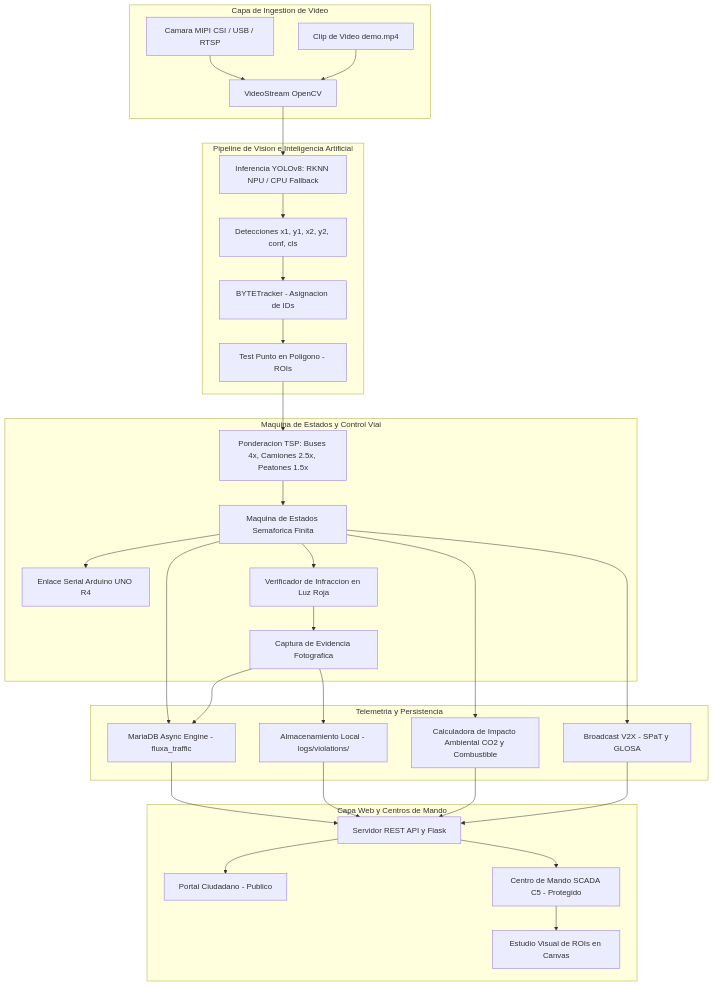
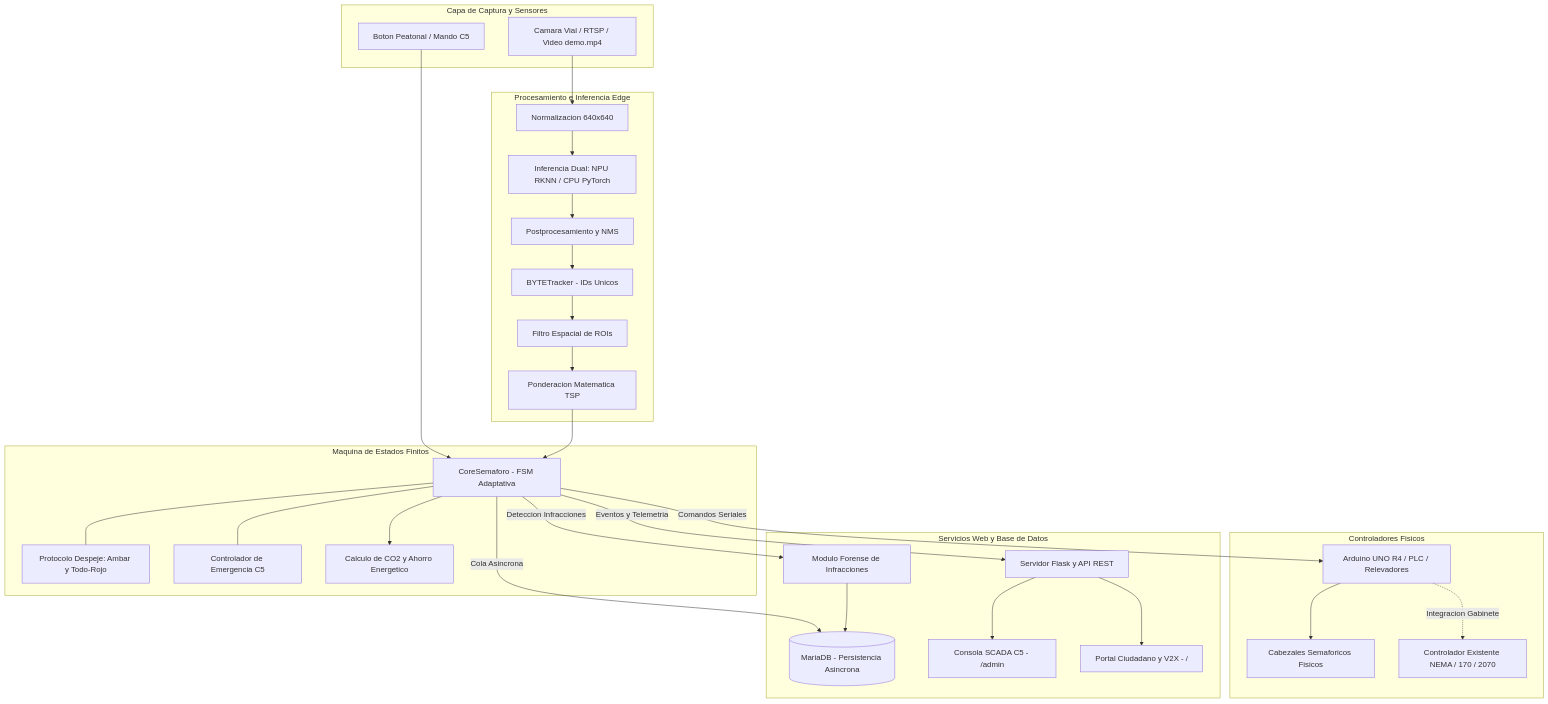
One commit to Pozole98/fluxa-smart-city changed the first of 4 diagrams in docs/MANUAL_TECNICO.md. Above: the diagram before and after it, drawn with Mermaid. The commit also changed other lines of this file and 2 other files, not shown here.

Commit message:
docs: incorporar diagramas de integracion de hardware edge, fail-safe y red C5

````diff
--- a/docs/MANUAL_TECNICO.md
+++ b/docs/MANUAL_TECNICO.md
@@ -40,40 +42,62 @@
 ```mermaid
 graph TD
-    subgraph SENSORICA [Capa de Ingestion de Video]
-        CAM[Camara MIPI CSI / USB / RTSP] --> VS[VideoStream OpenCV]
-        VID[Clip de Video demo.mp4] --> VS
+    subgraph SENSORICA [Capa de Captura y Sensores]
+        CAM[Camara Vial / RTSP / Video demo.mp4]
+        CALL_BTN[Boton Peatonal / Mando C5]
     end
 
-    subgraph AI_PIPELINE [Pipeline de Vision e Inteligencia Artificial]
-        VS --> INFER[Inferencia YOLOv8: RKNN NPU / CPU Fallback]
-        INFER --> DETS[Detecciones x1, y1, x2, y2, conf, cls]
-        DETS --> TRACK[BYTETracker - Asignacion de IDs]
-        TRACK --> PIP[Test Punto en Poligono - ROIs]
+    subgraph PROCESAMIENTO [Procesamiento e Inferencia Edge]
+        PRE[Normalizacion 640x640]
+        INFER[Inferencia Dual: NPU RKNN / CPU PyTorch]
+        POST[Postprocesamiento y NMS]
+        TRACKER[BYTETracker - IDs Unicos]
+        ROI[Filtro Espacial de ROIs]
+        TSP[Ponderacion Matematica TSP]
     end
 
-    subgraph CONTROL_LOGIC [Maquina de Estados y Control Vial]
-        PIP --> TSP[Ponderacion TSP: Buses 4x, Camiones 2.5x, Peatones 1.5x]
-        TSP --> FSM[Maquina de Estados Semaforica Finita]
-        FSM --> ARD[Enlace Serial Arduino UNO R4]
-        FSM --> RED_LIGHT[Verificador de Infraccion en Luz Roja]
-        RED_LIGHT --> SNAP[Captura de Evidencia Fotografica]
+    subgraph FSM_CORE [Maquina de Estados Finitos]
+        FSM[CoreSemaforo - FSM Adaptativa]
+        CLEARANCE[Protocolo Despeje: Ambar y Todo-Rojo]
+        EMERGENCY[Controlador de Emergencia C5]
+        SUSTAIN[Calculo de CO2 y Ahorro Energetico]
     end
 
-    subgraph TELEMETRY_STORAGE [Telemetria y Persistencia]
-        FSM --> DB[MariaDB Async Engine - fluxa_traffic]
-        SNAP --> DB
-        SNAP --> DISK[Almacenamiento Local - logs/violations/]
-        FSM --> V2X[Broadcast V2X - SPaT y GLOSA]
-        FSM --> ROI_CALC[Calculadora de Impacto Ambiental CO2 y Combustible]
+    subgraph HARDWARE_OUTPUT [Controladores Fisicos]
+        ARDUINO[Arduino UNO R4 / PLC / Relevadores]
+        LIGHTS[Cabezales Semaforicos Fisicos]
+        CONTROLLER_EX[Controlador Existente NEMA / 170 / 2070]
     end
 
-    subgraph WEB_SCADA [Capa Web y Centros de Mando]
-        DB --> REST[Servidor REST API y Flask]
-        DISK --> REST
-        ROI_CALC --> REST
-        V2X --> REST
-        REST --> PUB_UI[Portal Ciudadano - Publico]
-        REST --> ADM_UI[Centro de Mando SCADA C5 - Protegido]
-        ADM_UI --> CANVAS[Estudio Visual de ROIs en Canvas]
+    subgraph SERVICIOS [Servicios Web y Base de Datos]
+        MARIADB[(MariaDB - Persistencia Asincrona)]
+        FLASK_API[Servidor Flask y API REST]
+        SCADA[Consola SCADA C5 - /admin]
+        PUBLIC_PORTAL[Portal Ciudadano y V2X - /]
+        VIOLATIONS[Modulo Forense de Infracciones]
     end
+
+    CAM --> PRE
+    CALL_BTN --> FSM
+    PRE --> INFER
+    INFER --> POST
+    POST --> TRACKER
+    TRACKER --> ROI
+    ROI --> TSP
+    TSP --> FSM
+
+    FSM --- CLEARANCE
+    FSM --- EMERGENCY
+    FSM --> SUSTAIN
+
+    FSM -->|Comandos Seriales| ARDUINO
+    ARDUINO --> LIGHTS
+    ARDUINO -.->|Integracion Gabinete| CONTROLLER_EX
+
+    FSM -->|Eventos y Telemetria| FLASK_API
+    FSM -->|Cola Asincrona| MARIADB
+    FSM -->|Deteccion Infracciones| VIOLATIONS
+
+    FLASK_API --> SCADA
+    FLASK_API --> PUBLIC_PORTAL
+    VIOLATIONS --> MARIADB
 ```
````
